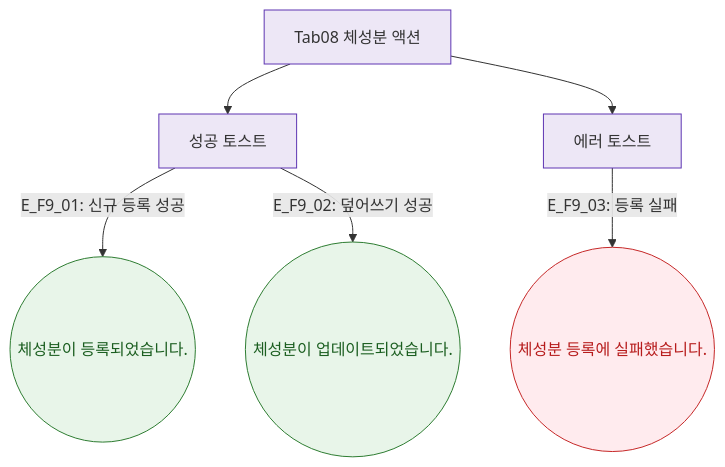
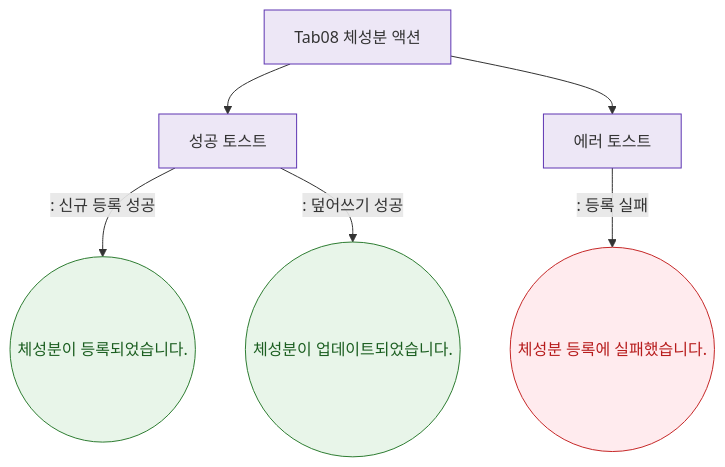
The diagram in docs/다이어그램/D02_회원관리/SCR-M004_회원상세/Tab08_체성분/F9_토스트.md (dev-spogym/admin-pando), drawn with Mermaid before and after one commit. The commit also changed other lines of this file and 1660 other files, not shown here.

First line of the commit message:
다이어그램: 기획자/클라이언트 납품본으로 정리

````diff
--- a/docs/다이어그램/D02_회원관리/SCR-M004_회원상세/Tab08_체성분/F9_토스트.md
+++ b/docs/다이어그램/D02_회원관리/SCR-M004_회원상세/Tab08_체성분/F9_토스트.md
@@ -22,16 +20,16 @@
 ```mermaid
 flowchart TD
   ACTIONS[Tab08 체성분 액션] --> T_OK[성공 토스트]
   ACTIONS --> T_ERR[에러 토스트]
 
-  T_OK -->|"E_F9_01: 신규 등록 성공"| TS1((체성분이 등록되었습니다.))
-  T_OK -->|"E_F9_02: 덮어쓰기 성공"| TS2((체성분이 업데이트되었습니다.))
-  T_ERR -->|"E_F9_03: 등록 실패"| TE1((체성분 등록에 실패했습니다.))
+  T_OK -->|": 신규 등록 성공"|TS1((체성분이 등록되었습니다.))
+  T_OK -->|": 덮어쓰기 성공"|TS2((체성분이 업데이트되었습니다.))
+  T_ERR -->|": 등록 실패"|TE1((체성분 등록에 실패했습니다.))
 
   classDef success fill:#E8F5E9,stroke:#2E7D32,color:#1B5E20
   classDef error fill:#FFEBEE,stroke:#C62828,color:#B71C1C
   classDef system fill:#EDE7F6,stroke:#5E35B2
   class TS1,TS2 success
   class TE1 error
   class ACTIONS,T_OK,T_ERR system
 ```
````
